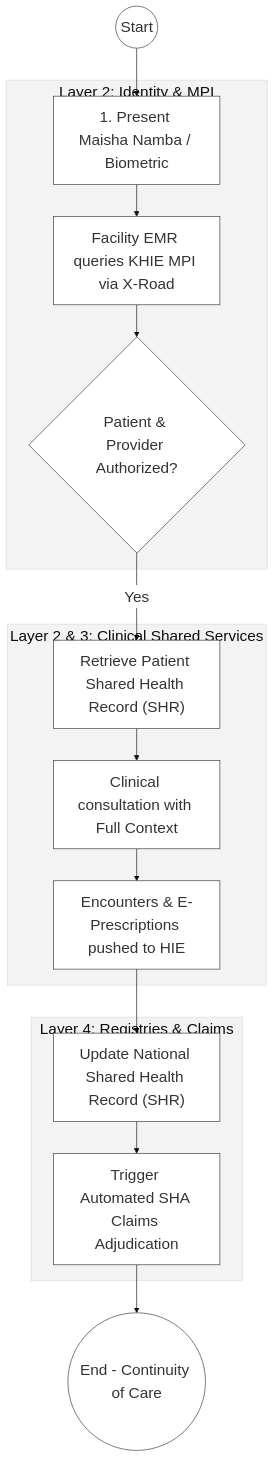
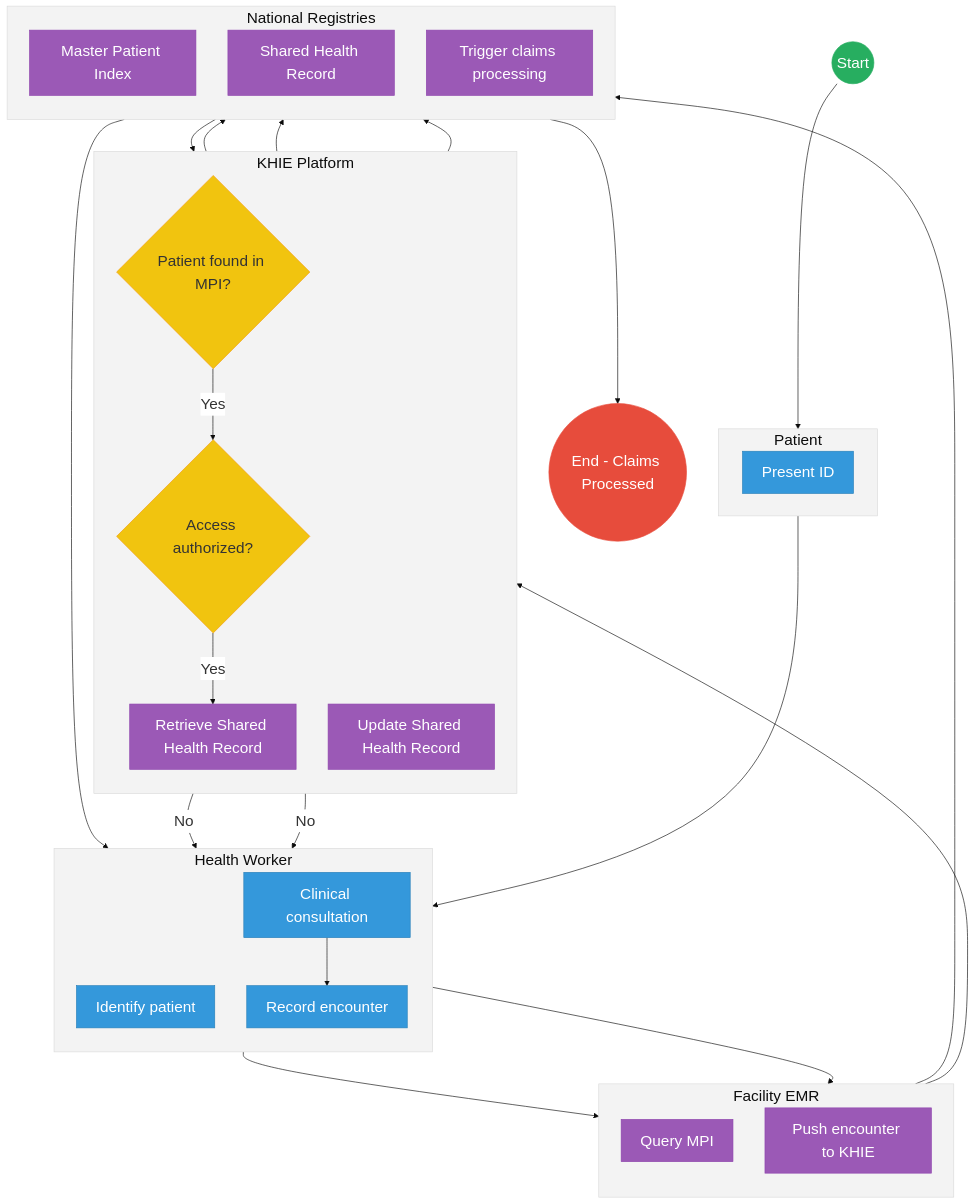
One commit to BITZ-IT-Consulting-LTD/ictapoc changed the second of 2 diagrams in mdas/docs_final/priority_mdas/Ministry_of_Health___Service_Delivery.md. Above: the diagram before and after it, drawn with Mermaid. The commit also changed other lines of this file and 90 other files, not shown here.

````diff
--- a/mdas/docs_final/priority_mdas/Ministry_of_Health___Service_Delivery.md
+++ b/mdas/docs_final/priority_mdas/Ministry_of_Health___Service_Delivery.md
@@ -107,23 +162,76 @@
 ```mermaid
 %%{init: { 'theme': 'base', 'themeVariables': { 'fontSize': '24px', 'fontFamily': 'Inter, system-ui, sans-serif', 'primaryColor': '#ffffff', 'edgeLabelBackground':'#ffffff', 'tertiaryColor': '#f3f3f3', 'mainBkg': '#ffffff', 'nodeBorder': '#333333' } } }%%
 flowchart TD
-    Start((Start)) --> PresentID["1. Present Maisha Namba / Biometric"]
+    %% Events
+    Start((Start))
+    EndProcess(("End - Claims Processed"))
+
+    subgraph Patient [Patient]
+        direction LR
+        PresentID["Present ID"]
+    end
+
+    subgraph HealthWorker["Health Worker"]
+        direction TB
+        IdPat["Identify patient"]
+        Consult["Clinical consultation"]
+        RecEnc["Record encounter"]
+    end
+
+    subgraph FacEMR["Facility EMR"]
+        direction TB
+        QueryMPIReq["Query MPI"]
+        PushKHIE["Push encounter to KHIE"]
+    end
+
+    subgraph KHIE["KHIE Platform"]
+        direction TB
+        MPIGateway{"Patient found in MPI?"}
+        AuthGateway{"Access authorized?"}
+        RetSHR["Retrieve Shared Health Record"]
+        UpdateSHR["Update Shared Health Record"]
+    end
+
+    subgraph NatReg["National Registries"]
+        direction TB
+        QueryMPI["Master Patient Index"]
+        SHR["Shared Health Record"]
+        Claims["Trigger claims processing"]
+    end
+
+    %% Flow connections
+    Start --> PresentID
+    PresentID --> IdPat
+    IdPat --> QueryMPIReq
+    QueryMPIReq --> QueryMPI
+    QueryMPI --> MPIGateway
     
-    subgraph Trust_Hub["Layer 2: Identity & MPI"]
-        PresentID --> QueryMPI["Facility EMR queries KHIE MPI via X-Road"]
-        QueryMPI --> AuthGateway{"Patient & Provider Authorized?"}
-    end
+    MPIGateway -- "No" --> IdPat
+    MPIGateway -- "Yes" --> AuthGateway
     
-    subgraph Operations["Layer 2 & 3: Clinical Shared Services"]
-        AuthGateway -- "Yes" --> RetSHR["Retrieve Patient Shared Health Record (SHR)"]
-        RetSHR --> Consult["Clinical consultation with Full Context"]
-        Consult --> PushKHIE["Encounters & E-Prescriptions pushed to HIE"]
-    end
+    AuthGateway -- "No" --> IdPat
+    AuthGateway -- "Yes" --> RetSHR
     
-    subgraph Settlement["Layer 4: Registries & Claims"]
-        PushKHIE --> UpdateSHR["Update National Shared Health Record (SHR)"]
-        UpdateSHR --> Claims["Trigger Automated SHA Claims Adjudication"]
-    end
+    RetSHR --> SHR
+    SHR --> Consult
+    Consult --> RecEnc
+    RecEnc --> PushKHIE
+    PushKHIE --> UpdateSHR
+    UpdateSHR --> SHR
+    UpdateSHR --> Claims
     
-    Claims --> EndProcess(("End - Continuity of Care"))
+    Claims --> EndProcess
+
+    %% Styling
+    classDef startEvent fill:#27ae60,stroke:#27ae60,color:#fff,font-size:24px,font-size:24px;;
+    classDef endEvent fill:#e74c3c,stroke:#e74c3c,color:#fff,font-size:24px,font-size:24px;;
+    classDef userTask fill:#3498db,stroke:#2980b9,color:#fff,font-size:24px,font-size:24px;;
+    classDef serviceTask fill:#9b59b6,stroke:#8e44ad,color:#fff,font-size:24px,font-size:24px;;
+    classDef gateway fill:#f1c40f,stroke:#f39c12,color:#333,font-size:24px,font-size:24px;;
+    
+    class Start startEvent;
+    class EndProcess endEvent;
+    class MPIGateway,AuthGateway gateway;
+    class QueryMPIReq,PushKHIE,RetSHR,UpdateSHR,QueryMPI,SHR,Claims serviceTask;
+    class PresentID,IdPat,Consult,RecEnc userTask;
 ```
````
